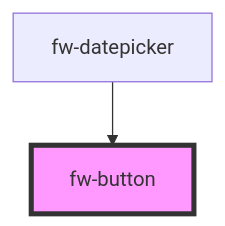
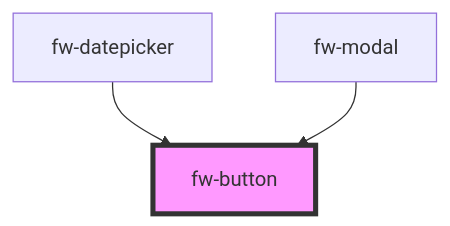
Before and after one commit to freshworks/crayons: the diagram in src/components/button/readme.md, drawn with Mermaid. The commit also changed other lines of this file and 8 other files, not shown here.

````diff
--- a/src/components/button/readme.md
+++ b/src/components/button/readme.md
@@ -71,5 +73,6 @@
 ```mermaid
 graph TD;
   fw-datepicker --> fw-button
+  fw-modal --> fw-button
   style fw-button fill:#f9f,stroke:#333,stroke-width:4px
 ```
````
